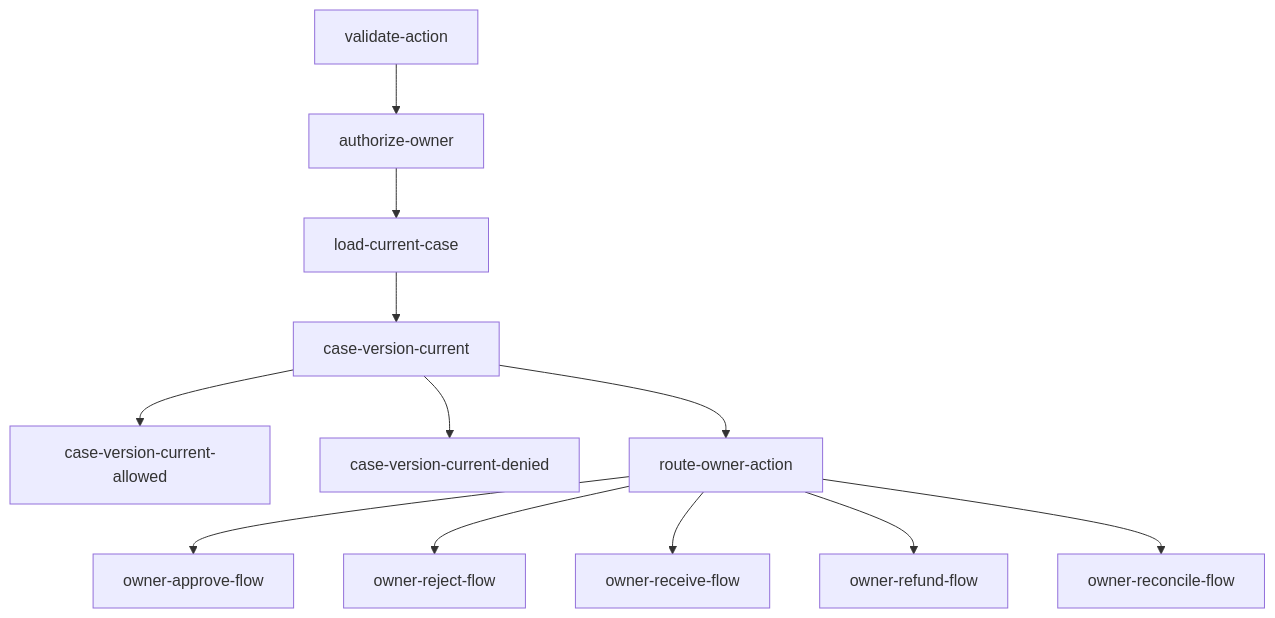
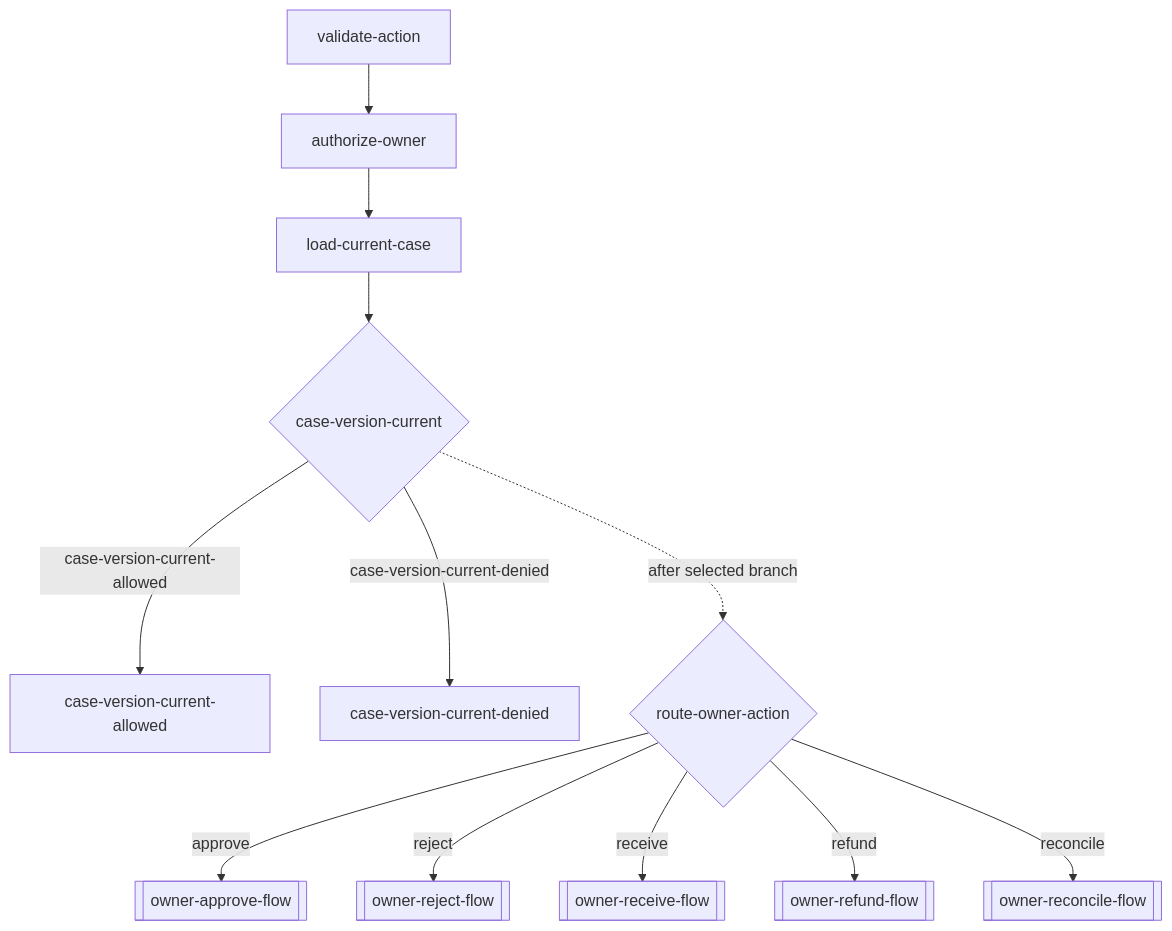
The first of 2 diagrams in docs/flows/aftersales/README.md (footprintjs/smallbusiness-footprint), drawn with Mermaid before and after one commit. The commit also changed other lines of this file and 55 other files, not shown here.

Commit message:
Render native decisions and branch semantics in generated charts

````diff
--- a/docs/flows/aftersales/README.md
+++ b/docs/flows/aftersales/README.md
@@ -10,26 +10,26 @@
 ```mermaid
 flowchart TD
 validate_action["validate-action"]
 validate_action --> authorize_owner
 authorize_owner["authorize-owner"]
 authorize_owner --> load_current_case
 load_current_case["load-current-case"]
 load_current_case --> case_version_current
-case_version_current["case-version-current"]
-case_version_current --> case_version_current_allowed
+case_version_current{"case-version-current"}
+case_version_current -->|"case-version-current-allowed"| case_version_current_allowed
 case_version_current_allowed["case-version-current-allowed"]
-case_version_current --> case_version_current_denied
+case_version_current -->|"case-version-current-denied"| case_version_current_denied
 case_version_current_denied["case-version-current-denied"]
-case_version_current --> route_owner_action
-route_owner_action["route-owner-action"]
-route_owner_action --> approve
-approve["owner-approve-flow"]
-route_owner_action --> reject
-reject["owner-reject-flow"]
-route_owner_action --> receive
-receive["owner-receive-flow"]
-route_owner_action --> refund
-refund["owner-refund-flow"]
-route_owner_action --> reconcile
-reconcile["owner-reconcile-flow"]
+case_version_current -.->|"after selected branch"| route_owner_action
+route_owner_action{"route-owner-action"}
+route_owner_action -->|"approve"| approve
+approve[["owner-approve-flow"]]
+route_owner_action -->|"reject"| reject
+reject[["owner-reject-flow"]]
+route_owner_action -->|"receive"| receive
+receive[["owner-receive-flow"]]
+route_owner_action -->|"refund"| refund
+refund[["owner-refund-flow"]]
+route_owner_action -->|"reconcile"| reconcile
+reconcile[["owner-reconcile-flow"]]
 ```
````
